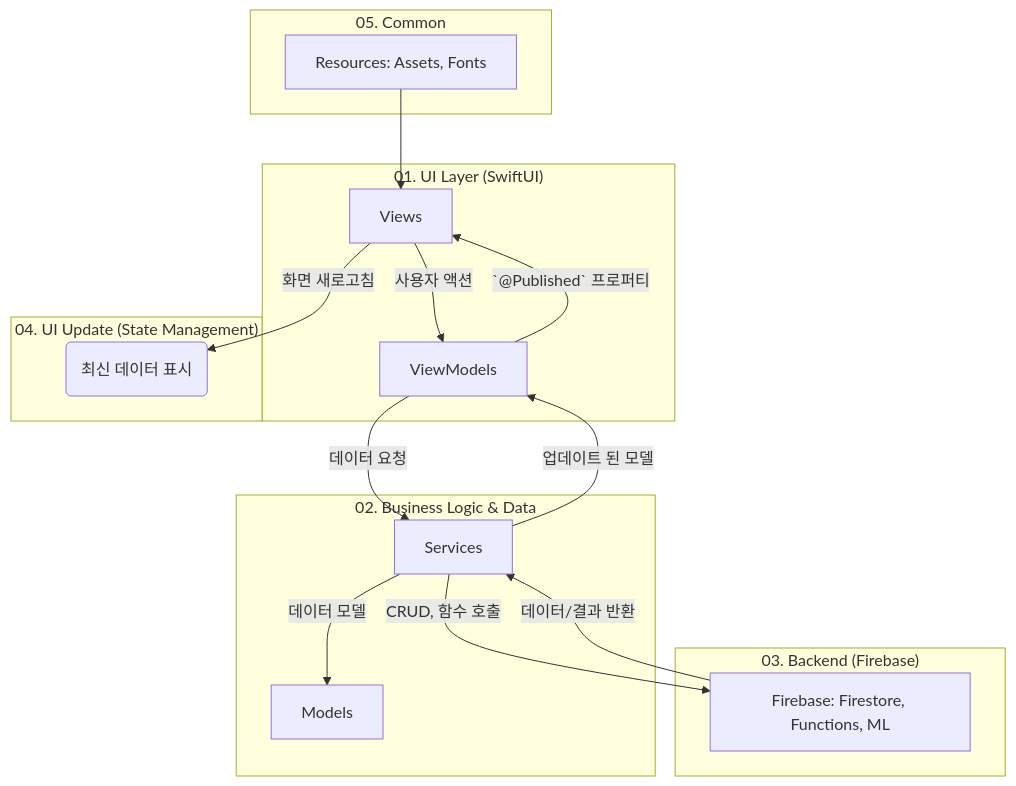
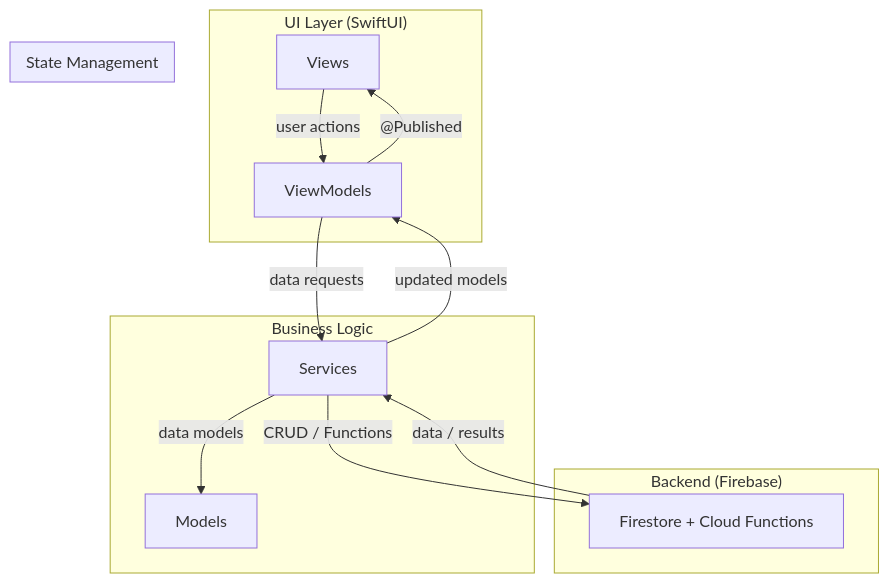
The diagram in README.md (neomakes/neopip), drawn with Mermaid before and after one commit. The commit also changed other lines of this file and 6 other files, not shown here.

````diff
--- a/README.md
+++ b/README.md
@@ -118,26 +53,21 @@
 ```mermaid
 graph TD
-    subgraph sg_ui ["01. UI Layer (SwiftUI)"]
-        A[Views] -- 사용자 액션 --> B[ViewModels];
+    subgraph UI ["UI Layer (SwiftUI)"]
+        A[Views] -- user actions --> B[ViewModels]
     end
 
-    subgraph sg_logic ["02. Business Logic & Data"]
-        B -- 데이터 요청 --> C[Services];
-        C -- 데이터 모델 --> D[Models];
+    subgraph Logic ["Business Logic"]
+        B -- data requests --> C[Services]
+        C -- data models --> D[Models]
     end
 
-    subgraph sg_backend ["03. Backend (Firebase)"]
-        C -- CRUD, 함수 호출 --> E[Firebase: Firestore, Functions, ML];
-        E -- 데이터/결과 반환 --> C;
+    subgraph Backend ["Backend (Firebase)"]
+        C -- CRUD / Functions --> E[Firestore + Cloud Functions]
+        E -- data / results --> C
     end
 
-    subgraph sg_update ["04. UI Update (State Management)"]
-        C -- 업데이트 된 모델 --> B;
-        B -- `@Published` 프로퍼티 --> A;
-        A -- 화면 새로고침 --> F(최신 데이터 표시);
-    end
-
-    subgraph sg_common ["05. Common"]
-       G[Resources: Assets, Fonts] --> A;
+    subgraph State ["State Management"]
+        C -- updated models --> B
+        B -- "@Published" --> A
     end
 ```
````
